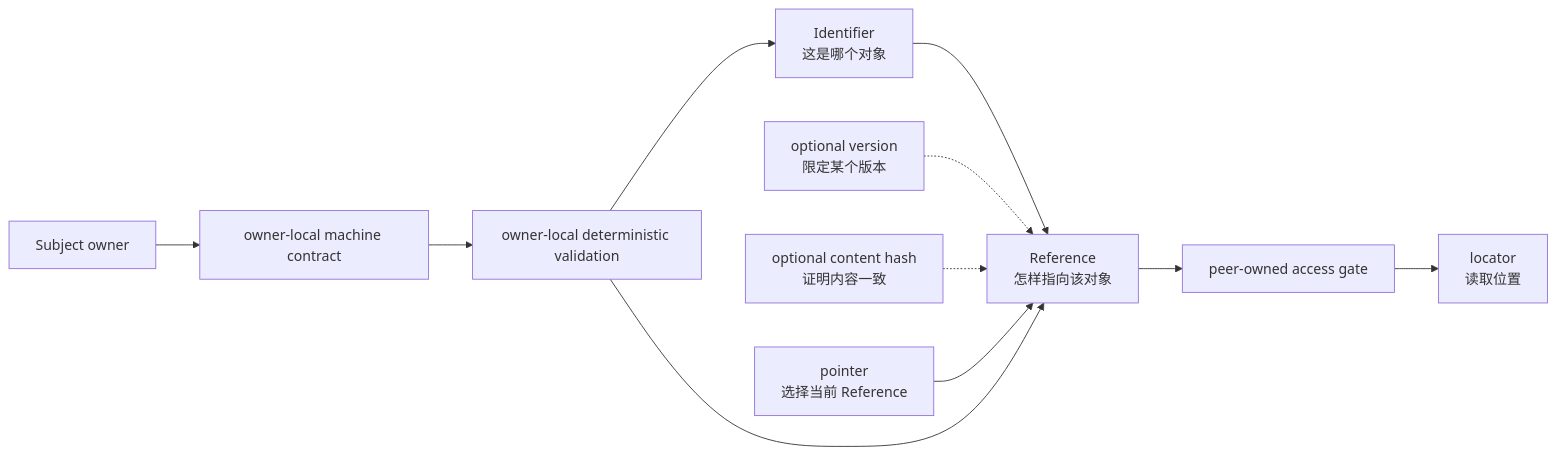
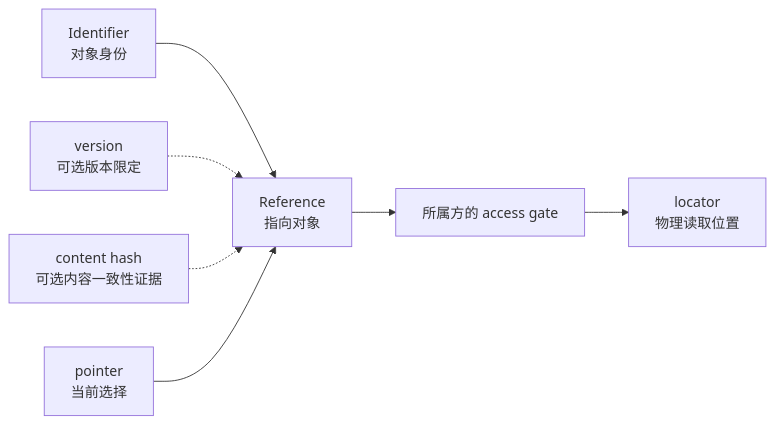
One commit to bobaoai/ai_project_management_framework changed the diagram in 09_soul/governance/t0/the_identifier_and_reference_semantics.md. Above: the diagram before and after it, drawn with Mermaid. The commit also changed other lines of this file and 103 other files, not shown here.

````diff
--- a/09_soul/governance/t0/the_identifier_and_reference_semantics.md
+++ b/09_soul/governance/t0/the_identifier_and_reference_semantics.md
@@ -64,14 +91,9 @@
 ```mermaid
 flowchart LR
-    I["Identifier<br/>这是哪个对象"] --> R["Reference<br/>怎样指向该对象"]
-    V["optional version<br/>限定某个版本"] -.-> R
-    H["optional content hash<br/>证明内容一致"] -.-> R
-    P["pointer<br/>选择当前 Reference"] --> R
-    R --> A["peer-owned access gate"]
-    A --> L["locator<br/>读取位置"]
-
-    O["Subject owner"] --> C["owner-local machine contract"]
-    C --> Q["owner-local deterministic validation"]
-    Q --> I
-    Q --> R
+    I["Identifier<br/>对象身份"] --> R["Reference<br/>指向对象"]
+    V["version<br/>可选版本限定"] -.-> R
+    H["content hash<br/>可选内容一致性证据"] -.-> R
+    P["pointer<br/>当前选择"] --> R
+    R --> A["所属方的 access gate"]
+    A --> L["locator<br/>物理读取位置"]
 ```
````
